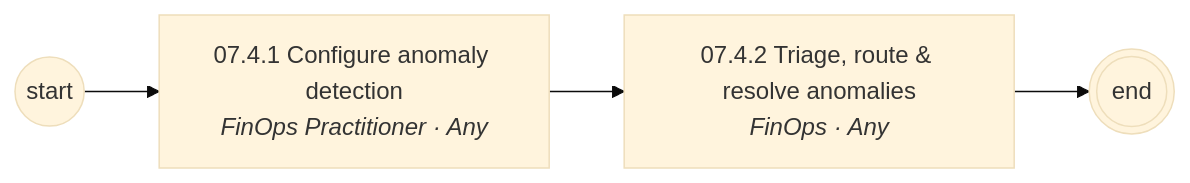
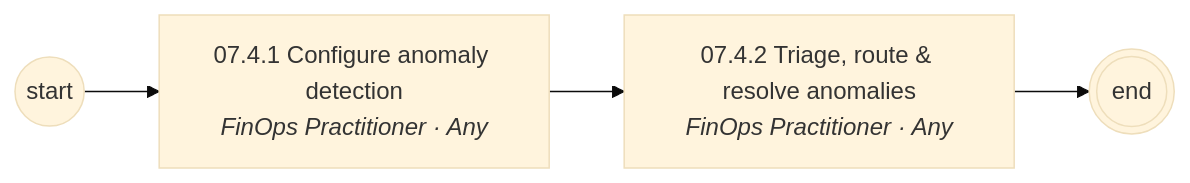
The fifth of 7 diagrams in diagrams/mermaid/area-07.md (corbyjames/apptio-process-catalog), drawn with Mermaid (base theme) before and after one commit. The commit also changed other lines of this file and 251 other files, not shown here.

````diff
--- a/diagrams/mermaid/area-07.md
+++ b/diagrams/mermaid/area-07.md
@@ -75,9 +75,9 @@
 ```mermaid
 flowchart LR
   S((start))
   N07_4_1["07.4.1 Configure anomaly detection<br/><i>FinOps Practitioner · Any</i>"]
   S --> N07_4_1
-  N07_4_2["07.4.2 Triage, route & resolve anomalies<br/><i>FinOps · Any</i>"]
+  N07_4_2["07.4.2 Triage, route & resolve anomalies<br/><i>FinOps Practitioner · Any</i>"]
   N07_4_1 --> N07_4_2
   N07_4_2 --> E(((end)))
 ```
````
